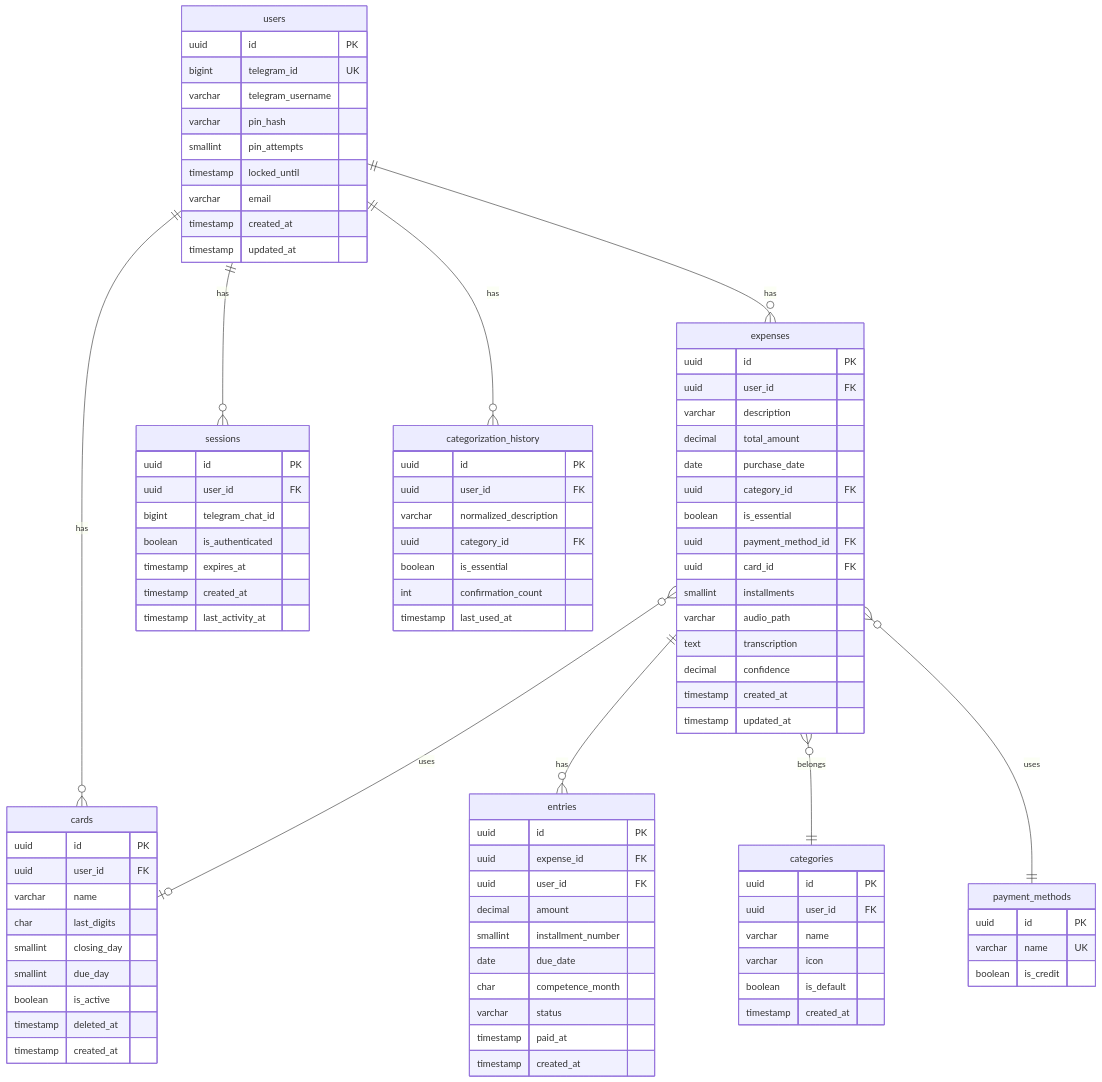
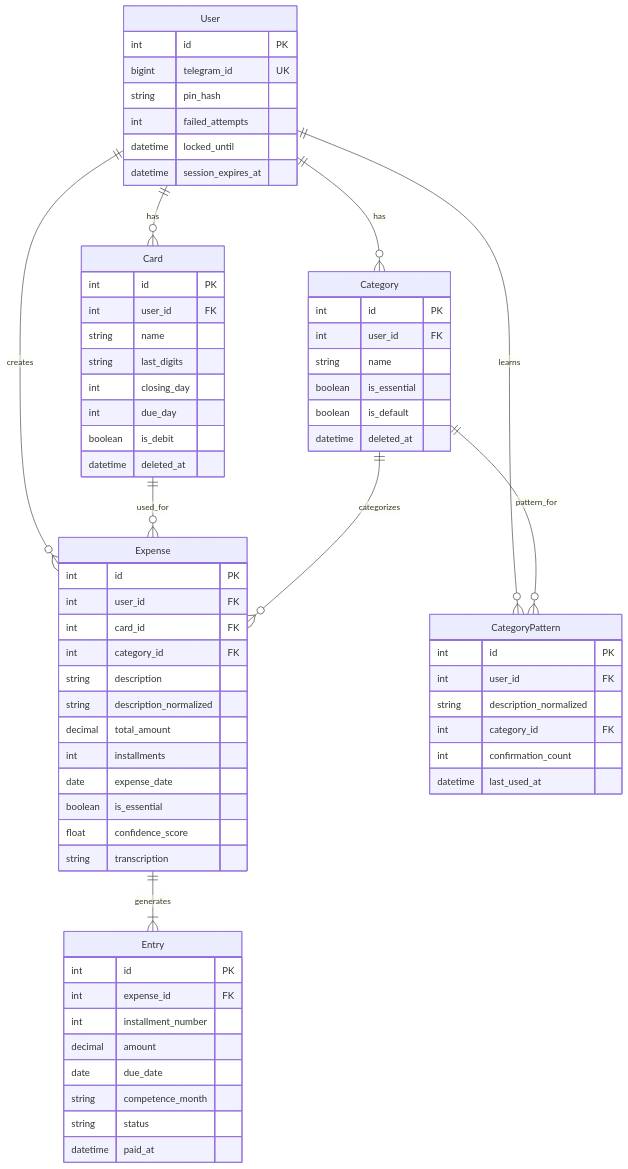
One commit to guipalm4/financial-control-agent changed the second of 3 diagrams in docs/TECH_SPECS.md. Above: the diagram before and after it, drawn with Mermaid. The commit also changed other lines of this file and 46 other files, not shown here.

````diff
--- a/docs/TECH_SPECS.md
+++ b/docs/TECH_SPECS.md
@@ -55,101 +267,77 @@
 ```mermaid
 erDiagram
-    users ||--o{ cards : has
-    users ||--o{ expenses : has
-    users ||--o{ sessions : has
-    users ||--o{ categorization_history : has
-    expenses ||--o{ entries : has
-    expenses }o--|| categories : belongs
-    expenses }o--o| cards : uses
-    expenses }o--|| payment_methods : uses
+    User ||--o{ Card : has
+    User ||--o{ Category : has
+    User ||--o{ Expense : creates
+    User ||--o{ CategoryPattern : learns
     
-    users {
-        uuid id PK
+    Card ||--o{ Expense : used_for
+    Category ||--o{ Expense : categorizes
+    Category ||--o{ CategoryPattern : pattern_for
+    
+    Expense ||--|{ Entry : generates
+    
+    User {
+        int id PK
         bigint telegram_id UK
-        varchar telegram_username
-        varchar pin_hash
-        smallint pin_attempts
-        timestamp locked_until
-        varchar email
-        timestamp created_at
-        timestamp updated_at
+        string pin_hash
+        int failed_attempts
+        datetime locked_until
+        datetime session_expires_at
     }
     
-    cards {
-        uuid id PK
-        uuid user_id FK
-        varchar name
-        char last_digits
-        smallint closing_day
-        smallint due_day
-        boolean is_active
-        timestamp deleted_at
-        timestamp created_at
+    Card {
+        int id PK
+        int user_id FK
+        string name
+        string last_digits
+        int closing_day
+        int due_day
+        boolean is_debit
+        datetime deleted_at
     }
     
-    categories {
-        uuid id PK
-        uuid user_id FK
-        varchar name
-        varchar icon
+    Category {
+        int id PK
+        int user_id FK
+        string name
+        boolean is_essential
         boolean is_default
-        timestamp created_at
+        datetime deleted_at
     }
     
-    payment_methods {
-        uuid id PK
-        varchar name UK
-        boolean is_credit
+    Expense {
+        int id PK
+        int user_id FK
+        int card_id FK
+        int category_id FK
+        string description
+        string description_normalized
+        decimal total_amount
+        int installments
+        date expense_date
+        boolean is_essential
+        float confidence_score
+        string transcription
     }
     
-    expenses {
-        uuid id PK
-        uuid user_id FK
-        varchar description
-        decimal total_amount
-        date purchase_date
-        uuid category_id FK
-        boolean is_essential
-        uuid payment_method_id FK
-        uuid card_id FK
-        smallint installments
-        varchar audio_path
-        text transcription
-        decimal confidence
-        timestamp created_at
-        timestamp updated_at
+    Entry {
+        int id PK
+        int expense_id FK
+        int installment_number
+        decimal amount
+        date due_date
+        string competence_month
+        string status
+        datetime paid_at
     }
     
-    entries {
-        uuid id PK
-        uuid expense_id FK
-        uuid user_id FK
-        decimal amount
-        smallint installment_number
-        date due_date
-        char competence_month
-        varchar status
-        timestamp paid_at
-        timestamp created_at
-    }
-    
-    sessions {
-        uuid id PK
-        uuid user_id FK
-        bigint telegram_chat_id
-        boolean is_authenticated
-        timestamp expires_at
-        timestamp created_at
-        timestamp last_activity_at
-    }
-    
-    categorization_history {
-        uuid id PK
-        uuid user_id FK
-        varchar normalized_description
-        uuid category_id FK
-        boolean is_essential
+    CategoryPattern {
+        int id PK
+        int user_id FK
+        string description_normalized
+        int category_id FK
         int confirmation_count
-        timestamp last_used_at
+        datetime last_used_at
     }
 ```
````
